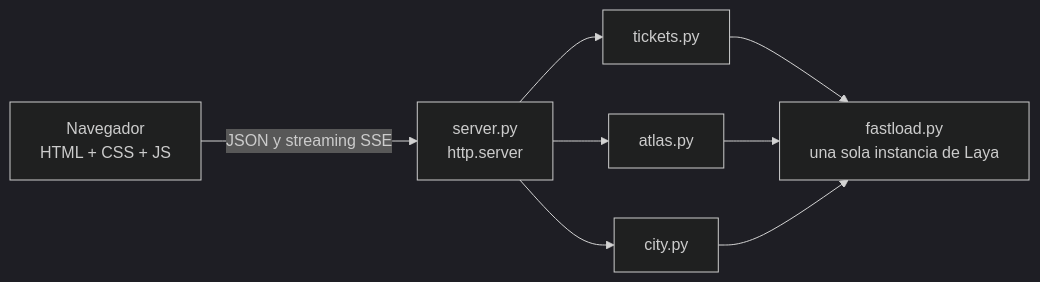
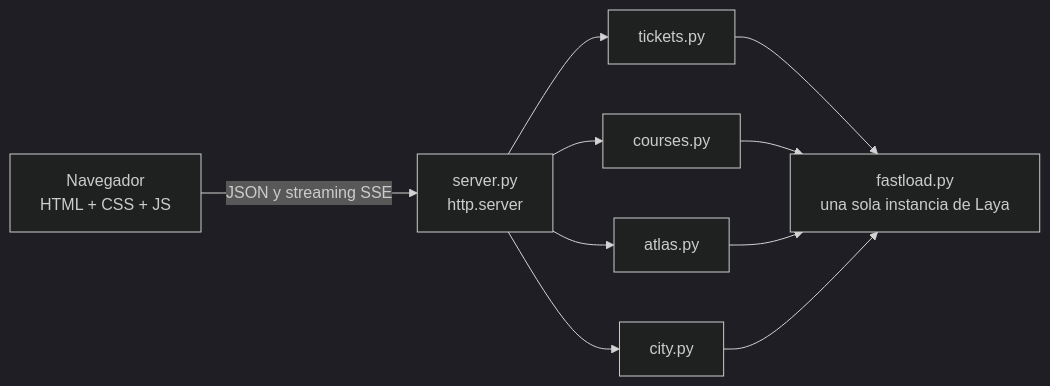
One commit to zamax14/Laya-Showcase changed the diagram in README.md. Above: the diagram before and after it, drawn with Mermaid (dark theme). The commit also changed other lines of this file and 1 other file, not shown here.

````diff
--- a/README.md
+++ b/README.md
@@ -136,8 +152,9 @@
 ```mermaid
 flowchart LR
     B["Navegador<br/>HTML + CSS + JS"] -- "JSON y streaming SSE" --> S["server.py<br/>http.server"]
     S --> T["tickets.py"]
+    S --> R["courses.py"]
     S --> A["atlas.py"]
     S --> C["city.py"]
-    T & A & C --> M["fastload.py<br/>una sola instancia de Laya"]
+    T & R & A & C --> M["fastload.py<br/>una sola instancia de Laya"]
 ```
````
